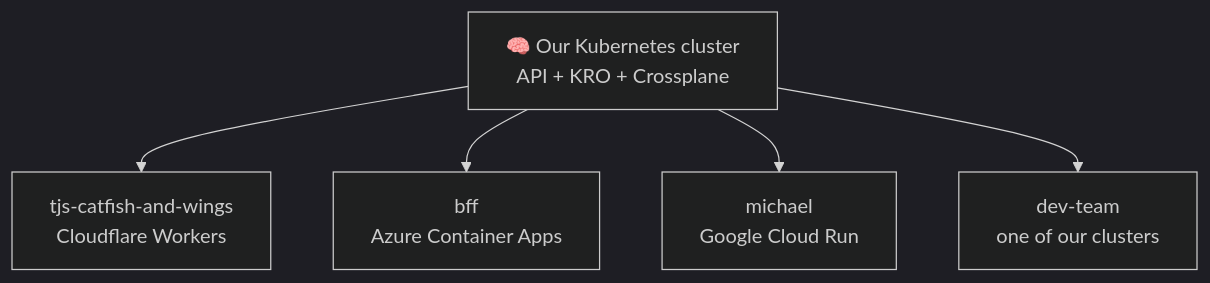
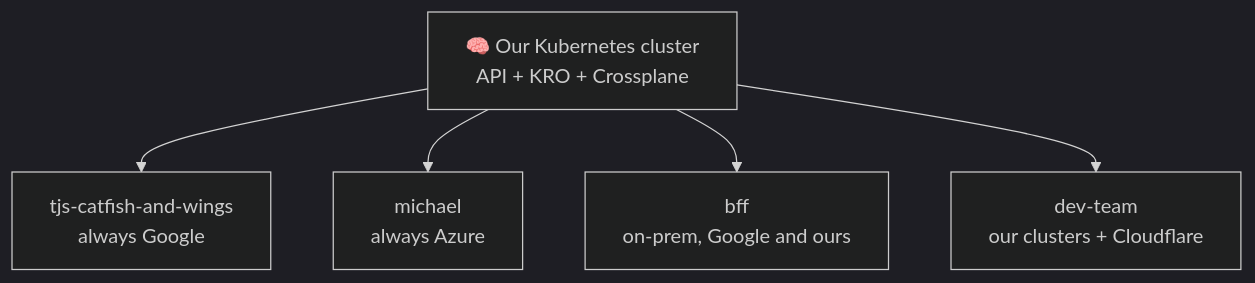
Before and after one commit to external-systems/explain-kube-to-me: the second of 3 diagrams in documentation/docs/payload-sites.md, drawn with Mermaid (dark theme). The commit also changed other lines of this file and 14 other files, not shown here.

````diff
--- a/documentation/docs/payload-sites.md
+++ b/documentation/docs/payload-sites.md
@@ -50,7 +69,7 @@
 ```mermaid
 flowchart TB
-    B["🧠 Our Kubernetes cluster<br/>API + KRO + Crossplane"] --> T1["tjs-catfish-and-wings<br/>Cloudflare Workers"]
-    B --> T2["bff<br/>Azure Container Apps"]
-    B --> T3["michael<br/>Google Cloud Run"]
-    B --> T4["dev-team<br/>one of our clusters"]
+    B["🧠 Our Kubernetes cluster<br/>API + KRO + Crossplane"] --> T1["tjs-catfish-and-wings<br/>always Google"]
+    B --> T2["michael<br/>always Azure"]
+    B --> T3["bff<br/>on-prem, Google and ours"]
+    B --> T4["dev-team<br/>our clusters + Cloudflare"]
 ```
````
